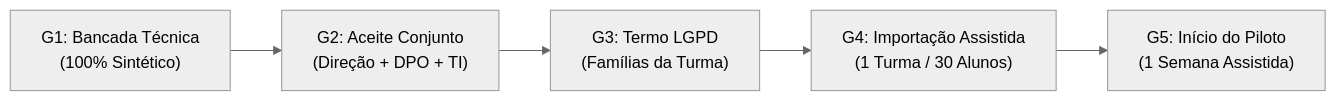
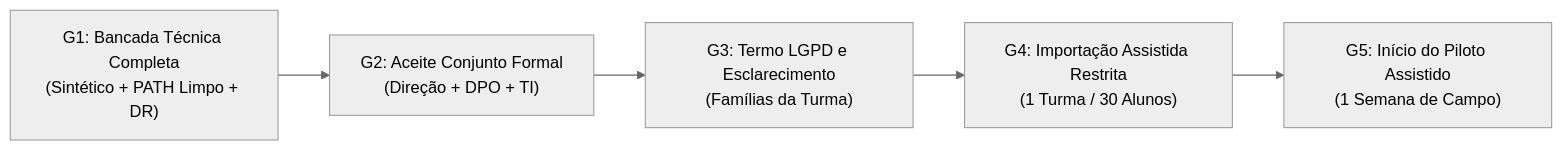
The diagram in perplexity/dossie_homologacao_h01_final.md (andrejrunb/-quila-pro-v-1.0.0), drawn with Mermaid (neutral theme) before and after one commit. The commit also changed other lines of this file and 5 other files, not shown here.

````diff
--- a/perplexity/dossie_homologacao_h01_final.md
+++ b/perplexity/dossie_homologacao_h01_final.md
@@ -88,7 +110,7 @@
 ```mermaid
 flowchart LR
-    G1["G1: Bancada Técnica<br/>(100% Sintético)"] --> G2["G2: Aceite Conjunto<br/>(Direção + DPO + TI)"]
-    G2 --> G3["G3: Termo LGPD<br/>(Famílias da Turma)"]
-    G3 --> G4["G4: Importação Assistida<br/>(1 Turma / 30 Alunos)"]
-    G4 --> G5["G5: Início do Piloto<br/>(1 Semana Assistida)"]
+    G1["G1: Bancada Técnica Completa<br/>(Sintético + PATH Limpo + DR)"] --> G2["G2: Aceite Conjunto Formal<br/>(Direção + DPO + TI)"]
+    G2 --> G3["G3: Termo LGPD e Esclarecimento<br/>(Famílias da Turma)"]
+    G3 --> G4["G4: Importação Assistida Restrita<br/>(1 Turma / 30 Alunos)"]
+    G4 --> G5["G5: Início do Piloto Assistido<br/>(1 Semana de Campo)"]
 ```
````
